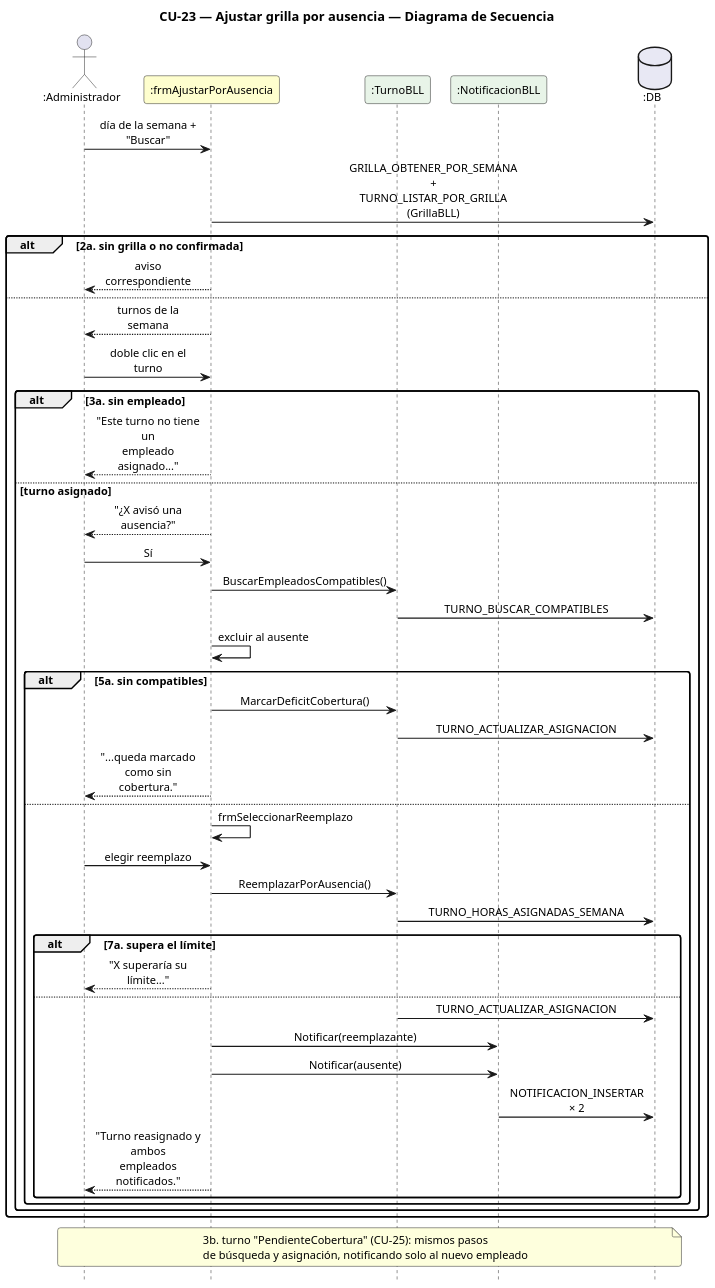
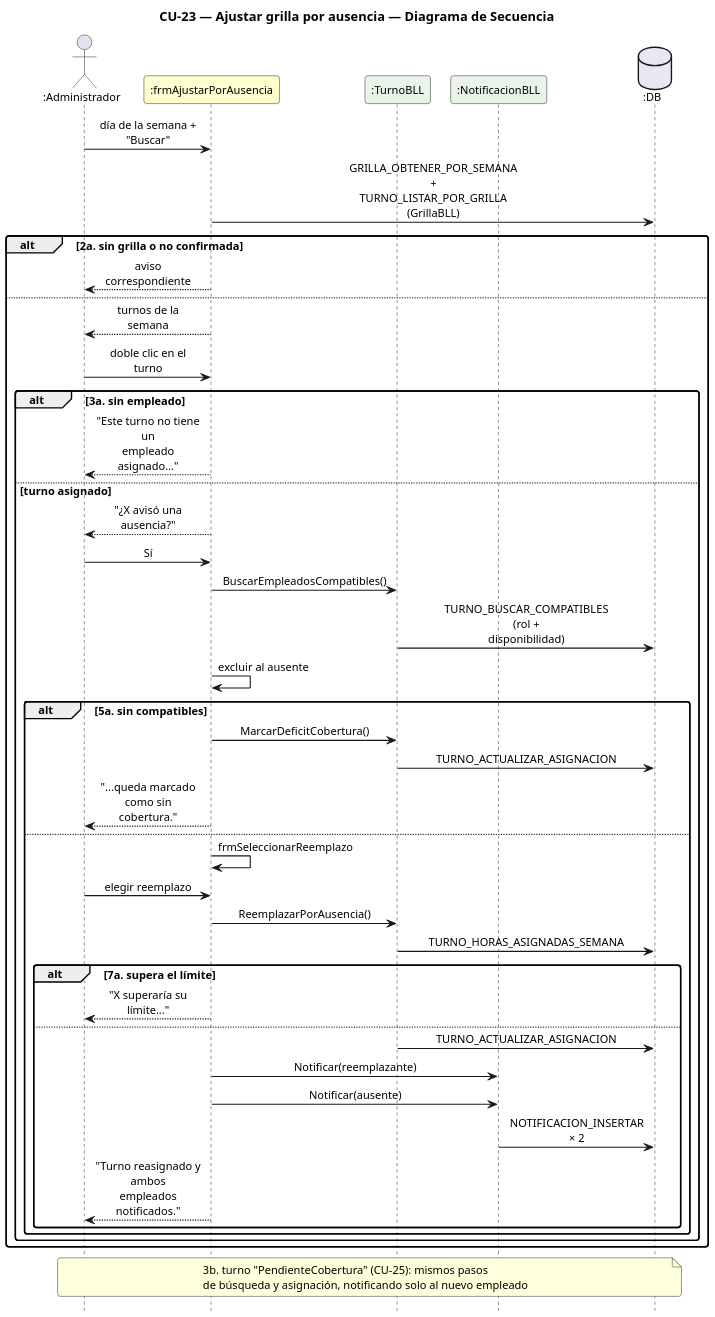
Before and after one commit to Urrels/ingenieria_software: the diagram in DIAGRAMAS/DiagramaSecuencia_CU23_AjustarGrillaAusencia.puml, drawn with PlantUML. The commit also changed 18 other files, not shown here.

```diff
--- a/DIAGRAMAS/DiagramaSecuencia_CU23_AjustarGrillaAusencia.puml
+++ b/DIAGRAMAS/DiagramaSecuencia_CU23_AjustarGrillaAusencia.puml
@@ -1,60 +1,60 @@
 @startuml DiagramaSecuencia_CU23_AjustarGrillaAusencia
 
 title CU-23 — Ajustar grilla por ausencia — Diagrama de Secuencia
 
 skinparam shadowing false
 skinparam roundcorner 6
 skinparam sequenceArrowThickness 1.2
 skinparam ParticipantPadding 6
 skinparam BoxPadding 4
 skinparam maxMessageSize 115
 skinparam sequenceMessageAlign center
 skinparam defaultFontSize 12
 skinparam dpi 140
 hide footbox
 
 actor ":Administrador" as A
 participant ":frmAjustarPorAusencia" as F #FEFECE
 participant ":TurnoBLL" as T #E8F4E8
 participant ":NotificacionBLL" as N #E8F4E8
 database ":DB" as DB #E8E8F4
 
 A -> F : día de la semana + "Buscar"
 F -> DB : GRILLA_OBTENER_POR_SEMANA\n+ TURNO_LISTAR_POR_GRILLA\n(GrillaBLL)
 alt 2a. sin grilla o no confirmada
   F --> A : aviso correspondiente
 else
   F --> A : turnos de la semana
   A -> F : doble clic en el turno
   alt 3a. sin empleado
     F --> A : "Este turno no tiene un\nempleado asignado..."
   else turno asignado
     F --> A : "¿X avisó una ausencia?"
     A -> F : Sí
     F -> T : BuscarEmpleadosCompatibles()
-    T -> DB : TURNO_BUSCAR_COMPATIBLES
+    T -> DB : TURNO_BUSCAR_COMPATIBLES\n(rol + disponibilidad)
     F -> F : excluir al ausente
     alt 5a. sin compatibles
       F -> T : MarcarDeficitCobertura()
       T -> DB : TURNO_ACTUALIZAR_ASIGNACION
       F --> A : "...queda marcado\ncomo sin cobertura."
     else
       F -> F : frmSeleccionarReemplazo
       A -> F : elegir reemplazo
       F -> T : ReemplazarPorAusencia()
       T -> DB : TURNO_HORAS_ASIGNADAS_SEMANA
       alt 7a. supera el límite
         F --> A : "X superaría su límite..."
       else
         T -> DB : TURNO_ACTUALIZAR_ASIGNACION
         F -> N : Notificar(reemplazante)
         F -> N : Notificar(ausente)
         N -> DB : NOTIFICACION_INSERTAR × 2
         F --> A : "Turno reasignado y ambos\nempleados notificados."
       end
     end
   end
 end
 note over A, DB : 3b. turno "PendienteCobertura" (CU-25): mismos pasos\nde búsqueda y asignación, notificando solo al nuevo empleado
 
 @enduml
```
